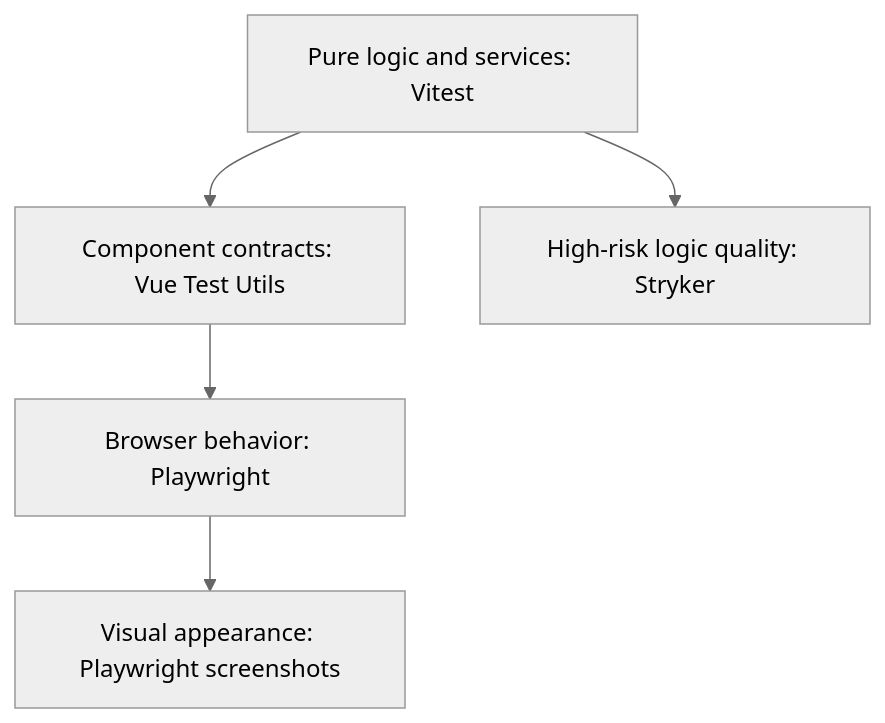
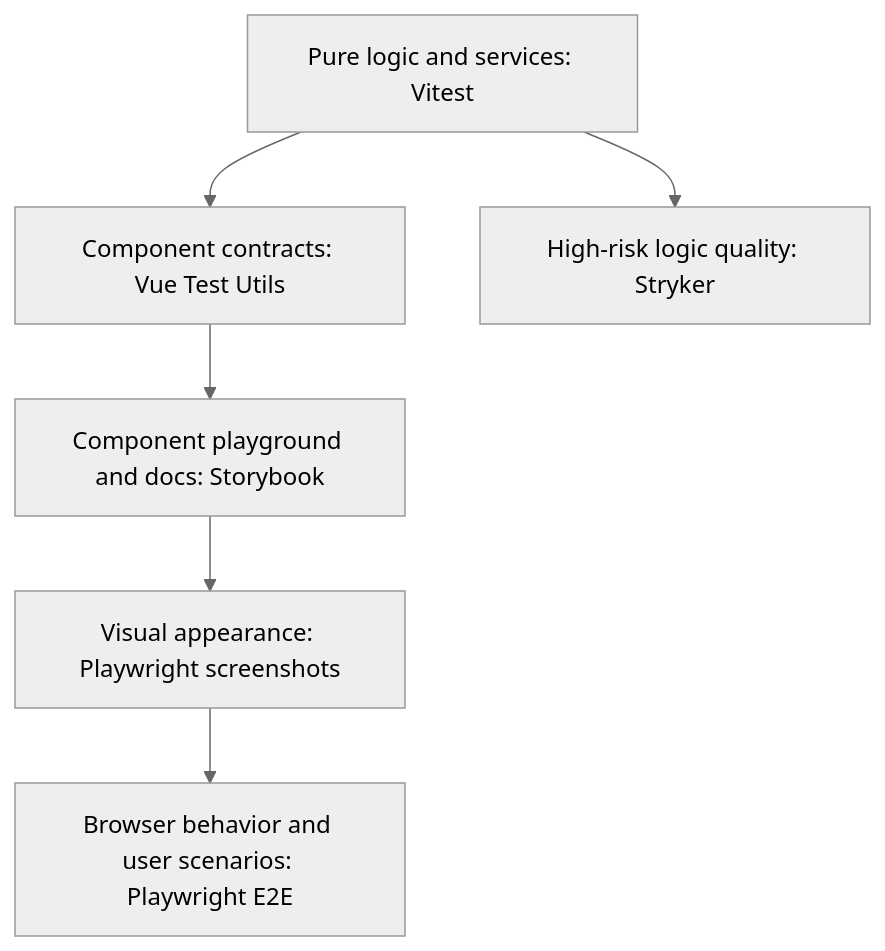
Before and after one commit to Mioframe/mioframe: the diagram in DEVELOPMENT.md, drawn with Mermaid (neutral theme). The commit also changed other lines of this file and 19 other files, not shown here.

````diff
--- a/DEVELOPMENT.md
+++ b/DEVELOPMENT.md
@@ -149,7 +149,8 @@
 ```mermaid
 graph TB
     A[Pure logic and services: Vitest] --> B[Component contracts: Vue Test Utils]
-    B --> C[Browser behavior: Playwright]
+    B --> C[Component playground and docs: Storybook]
     C --> D[Visual appearance: Playwright screenshots]
-    A --> E[High-risk logic quality: Stryker]
+    D --> E[Browser behavior and user scenarios: Playwright E2E]
+    A --> F[High-risk logic quality: Stryker]
 ```
````
